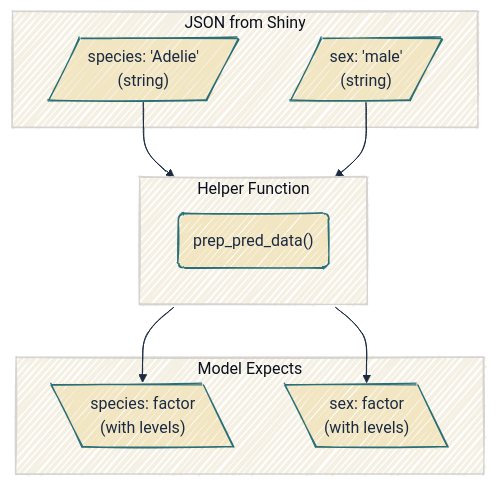
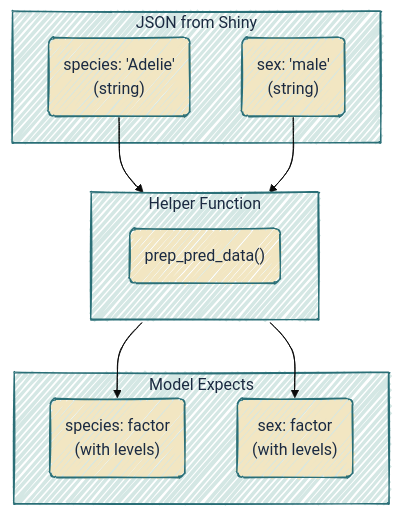
One commit to mjfrigaard/do4ds-labs changed the third of 7 diagrams in plumber2.qmd. Above: the diagram before and after it, drawn with Mermaid. The commit also changed other lines of this file and 37 other files, not shown here.

Commit message:
updates to mermaid

````diff
--- a/plumber2.qmd
+++ b/plumber2.qmd
@@ -275,23 +280,27 @@
 ```{mermaid}
 %%| fig-width: 7.0
 %%| fig-align: center
-%%{init: {'theme': 'base', 'look': 'handDrawn', 'themeVariables': { 'fontFamily': 'monospace', 'primaryColor': '#F2E6C2', 'primaryBorderColor': '#2A6F77', 'primaryTextColor': '#1B2A41', 'secondaryColor': '#d4e7e4', 'tertiaryColor': '#f5f0e4', 'lineColor': '#1B2A41', 'edgeLabelBackground': '#F2E6C2'}}}%%
+%%{init: {'theme': 'base', 'look': 'handDrawn', 'themeVariables': {'fontFamily': 'monospace'}}}%%
 
 graph TB
     subgraph JSON["JSON from Shiny"]
-        J1[/"species: 'Adelie'<br/>(string)"/]
-        J2[/"sex: 'male'<br/>(string)"/]
+        J1("species: 'Adelie'<br>(string)")
+        J2("sex: 'male'<br>(string)")
     end
 
     subgraph Model["Model Expects"]
-        M1[\"species: factor<br/>(with levels)"\]
-        M2[\"sex: factor<br/>(with levels)"\]
+        M1("species: factor<br>(with levels)")
+        M2("sex: factor<br>(with levels)")
     end
 
     subgraph Helper["Helper Function"]
         H("prep_pred_data()")
     end
 
     J1 & J2 --> Helper
     Helper --> M1 & M2
+    classDef default fill:#F2E6C2,stroke:#2A6F77,color:#1B2A41
+    style JSON fill:#d4e7e4,stroke:#2A6F77,color:#1B2A41
+    style Model fill:#d4e7e4,stroke:#2A6F77,color:#1B2A41
+    style Helper fill:#d4e7e4,stroke:#2A6F77,color:#1B2A41
 ```
````
